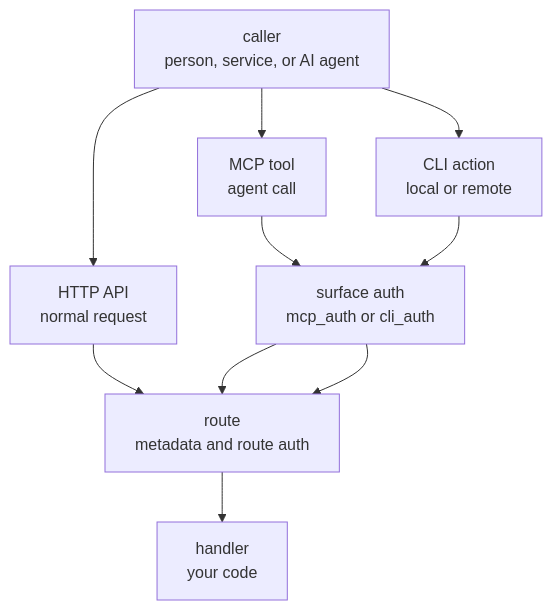
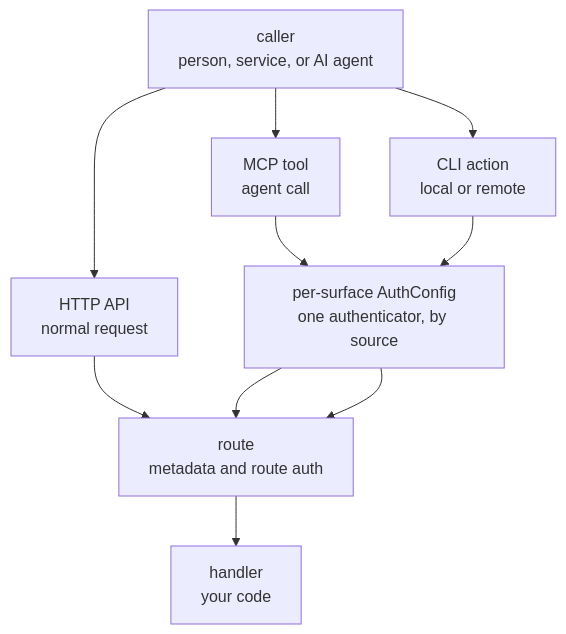
One commit to yanurag-dev/quater changed the diagram in docs/en/dev/surfaces.md. Above: the diagram before and after it, drawn with Mermaid. The commit also changed other lines of this file and 80 other files, not shown here.

Commit message:
Fixed #54 -- Refactored authentication into per surface control layer.

````diff
--- a/docs/en/dev/surfaces.md
+++ b/docs/en/dev/surfaces.md
@@ -29,15 +29,15 @@
 ```mermaid
 flowchart TB
     caller["caller\nperson, service, or AI agent"]
     http["HTTP API\nnormal request"]
     mcp["MCP tool\nagent call"]
     cli["CLI action\nlocal or remote"]
-    surface_auth["surface auth\nmcp_auth or cli_auth"]
+    surface_auth["per-surface AuthConfig\none authenticator, by source"]
     route["route\nmetadata and route auth"]
     handler["handler\nyour code"]
 
     caller --> http --> route
     caller --> mcp --> surface_auth --> route
     caller --> cli --> surface_auth
     surface_auth --> route --> handler
 ```
````
